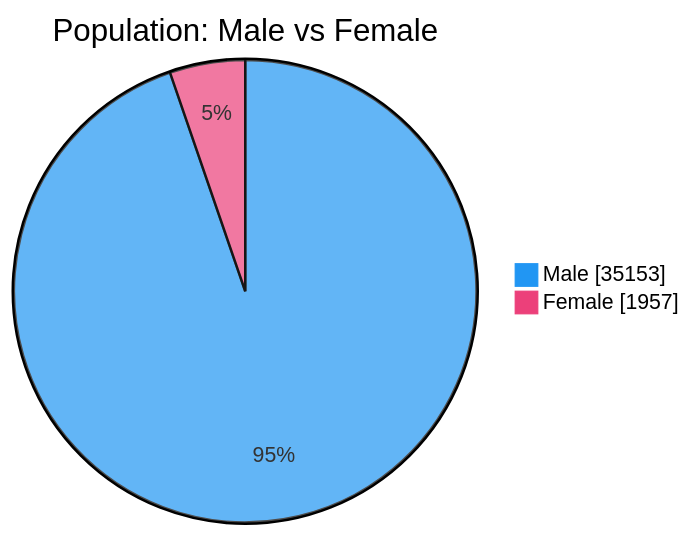
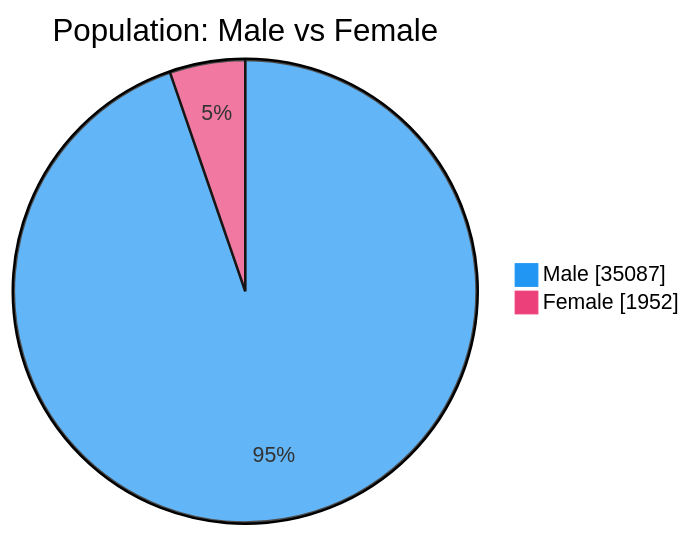
Before and after one commit to nuuuwan/lk_prisons: the second of 7 diagrams in README.md, drawn with Mermaid. The commit also changed other lines of this file and 1 other file, not shown here.

````diff
--- a/README.md
+++ b/README.md
@@ -54,6 +54,6 @@
 ```mermaid
 %%{init: {'themeVariables': {'pie1': '#2196F3', 'pie2': '#EC407A'}}}%%
 pie showData title Population: Male vs Female
-    "Male" : 35153
-    "Female" : 1957
+    "Male" : 35087
+    "Female" : 1952
 ```
````
